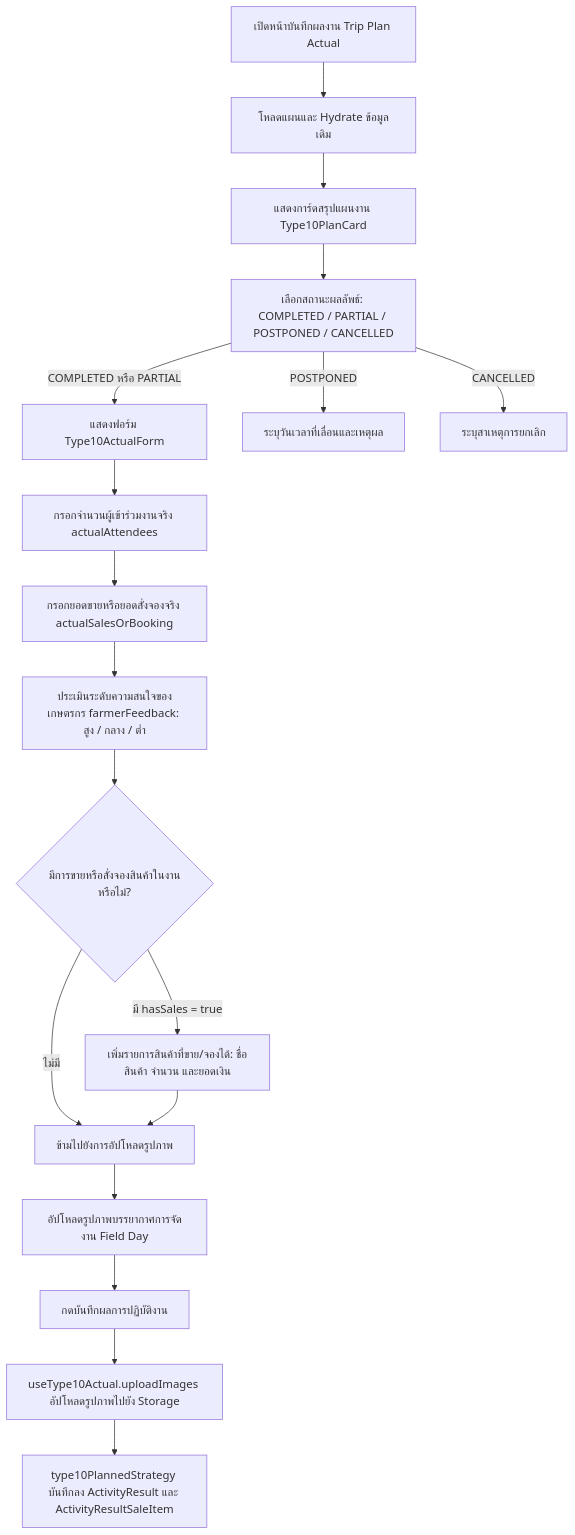
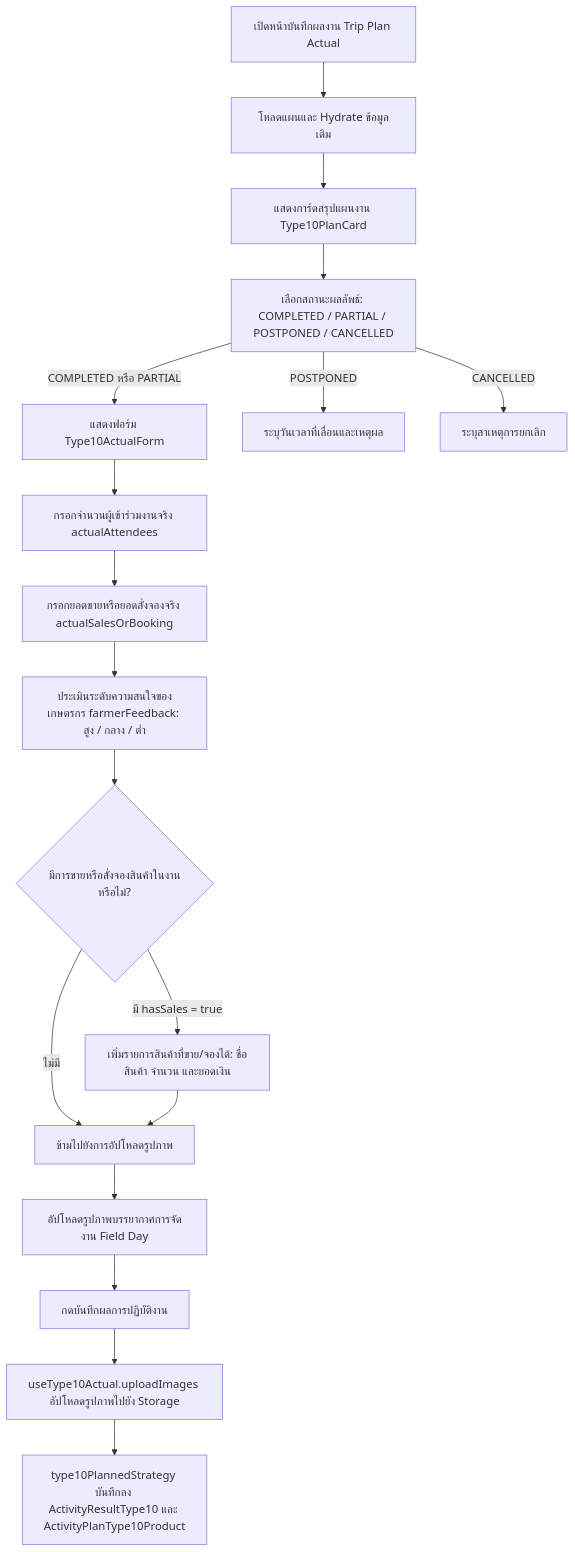
The second of 3 diagrams in modules/activity/features/type-10/README.md (bankhk10/crm-bank), drawn with Mermaid before and after one commit. The commit also changed other lines of this file, not shown here.

````diff
--- a/modules/activity/features/type-10/README.md
+++ b/modules/activity/features/type-10/README.md
@@ -59,20 +59,20 @@
 ```mermaid
 graph TD
     A[เปิดหน้าบันทึกผลงาน Trip Plan Actual] --> B[โหลดแผนและ Hydrate ข้อมูลเดิม]
     B --> C[แสดงการ์ดสรุปแผนงาน Type10PlanCard]
     C --> D[เลือกสถานะผลลัพธ์: COMPLETED / PARTIAL / POSTPONED / CANCELLED]
     D -->|COMPLETED หรือ PARTIAL| E[แสดงฟอร์ม Type10ActualForm]
     E --> F[กรอกจำนวนผู้เข้าร่วมงานจริง actualAttendees]
     F --> G[กรอกยอดขายหรือยอดสั่งจองจริง actualSalesOrBooking]
     G --> H[ประเมินระดับความสนใจของเกษตรกร farmerFeedback: สูง / กลาง / ต่ำ]
     H --> I{มีการขายหรือสั่งจองสินค้าในงานหรือไม่?}
     I -->|มี hasSales = true| J[เพิ่มรายการสินค้าที่ขาย/จองได้: ชื่อสินค้า จำนวน และยอดเงิน]
     I -->|ไม่มี| K[ข้ามไปยังการอัปโหลดรูปภาพ]
     J --> K
     K --> L[อัปโหลดรูปภาพบรรยากาศการจัดงาน Field Day]
     L --> M[กดบันทึกผลการปฏิบัติงาน]
     M --> N[useType10Actual.uploadImages อัปโหลดรูปภาพไปยัง Storage]
-    N --> O[type10PlannedStrategy บันทึกลง ActivityResult และ ActivityResultSaleItem]
+    N --> O[type10PlannedStrategy บันทึกลง ActivityResultType10 และ ActivityPlanType10Product]
     D -->|POSTPONED| P[ระบุวันเวลาที่เลื่อนและเหตุผล]
     D -->|CANCELLED| Q[ระบุสาเหตุการยกเลิก]
 ```
````
